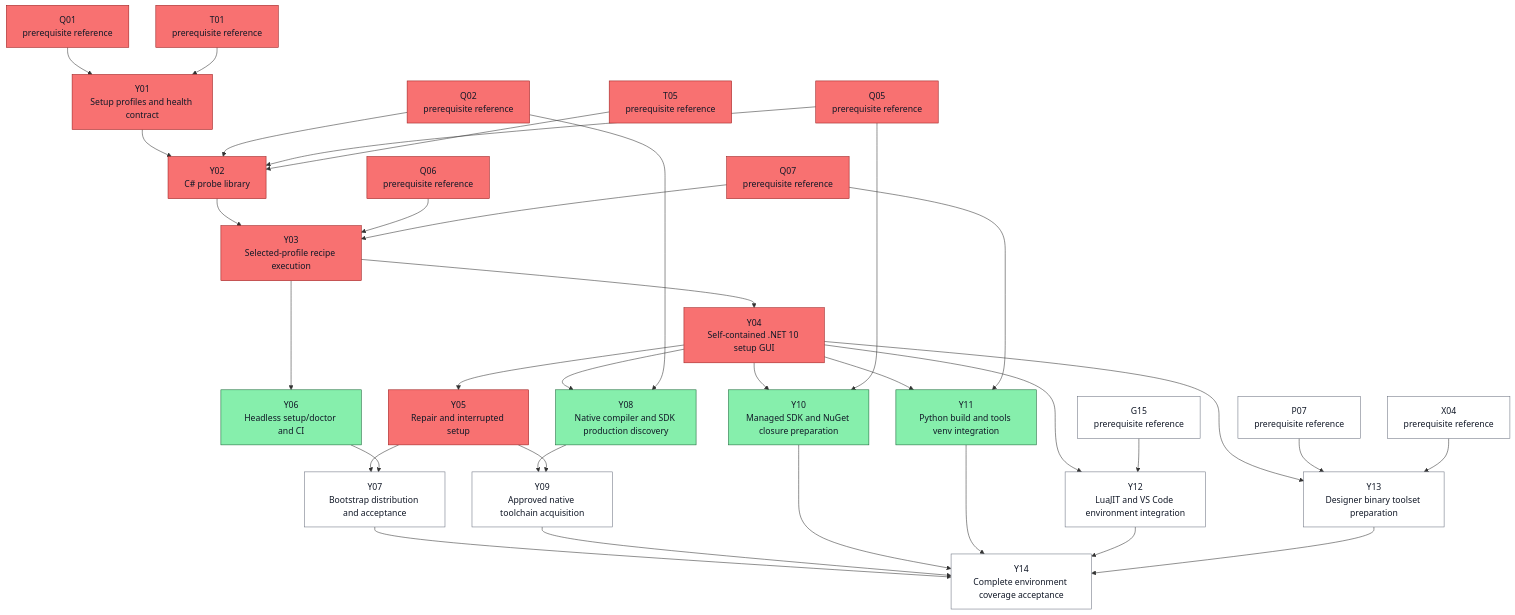
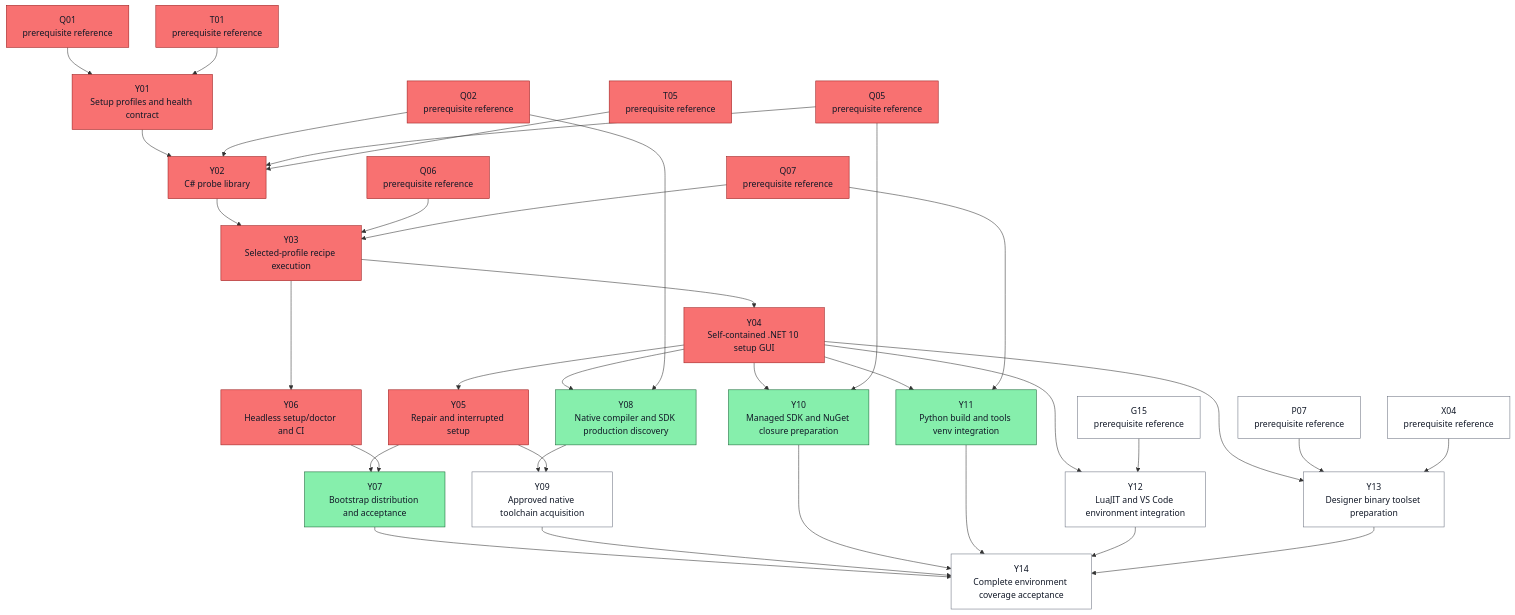
Before and after one commit to ocarizr/spaceraiders: diagram 26 of 27 in docs/task-dependencies.md, drawn with Mermaid. The commit also changed other lines of this file and 9 other files, not shown here.

First line of the commit message:
feat(Y06): add headless environment setup and doctor commands (#26)

````diff
--- a/docs/task-dependencies.md
+++ b/docs/task-dependencies.md
@@ -1401,63 +1402,63 @@
 ```mermaid
 flowchart TD
     ref_Y_G15["G15<br/>prerequisite reference"]:::pending
     ref_Y_P07["P07<br/>prerequisite reference"]:::pending
     ref_Y_Q01["Q01<br/>prerequisite reference"]:::done
     ref_Y_Q02["Q02<br/>prerequisite reference"]:::done
     ref_Y_Q05["Q05<br/>prerequisite reference"]:::done
     ref_Y_Q06["Q06<br/>prerequisite reference"]:::done
     ref_Y_Q07["Q07<br/>prerequisite reference"]:::done
     ref_Y_T01["T01<br/>prerequisite reference"]:::done
     ref_Y_T05["T05<br/>prerequisite reference"]:::done
     ref_Y_X04["X04<br/>prerequisite reference"]:::pending
     Y01["Y01<br/>Setup profiles and health contract"]:::done
     Y02["Y02<br/>C# probe library"]:::done
     Y03["Y03<br/>Selected-profile recipe execution"]:::done
     Y04["Y04<br/>Self-contained .NET 10 setup GUI"]:::done
     Y05["Y05<br/>Repair and interrupted setup"]:::done
-    Y06["Y06<br/>Headless setup/doctor and CI"]:::ready
-    Y07["Y07<br/>Bootstrap distribution and acceptance"]:::pending
+    Y06["Y06<br/>Headless setup/doctor and CI"]:::done
+    Y07["Y07<br/>Bootstrap distribution and acceptance"]:::ready
     Y08["Y08<br/>Native compiler and SDK production discovery"]:::ready
     Y09["Y09<br/>Approved native toolchain acquisition"]:::pending
     Y10["Y10<br/>Managed SDK and NuGet closure preparation"]:::ready
     Y11["Y11<br/>Python build and tools venv integration"]:::ready
     Y12["Y12<br/>LuaJIT and VS Code environment integration"]:::pending
     Y13["Y13<br/>Designer binary toolset preparation"]:::pending
     Y14["Y14<br/>Complete environment coverage acceptance"]:::pending
     ref_Y_Q01 --> Y01
     ref_Y_T01 --> Y01
     Y01 --> Y02
     ref_Y_Q02 --> Y02
     ref_Y_Q05 --> Y02
     ref_Y_T05 --> Y02
     Y02 --> Y03
     ref_Y_Q06 --> Y03
     ref_Y_Q07 --> Y03
     Y03 --> Y04
     Y04 --> Y05
     Y03 --> Y06
     Y05 --> Y07
     Y06 --> Y07
     Y04 --> Y08
     ref_Y_Q02 --> Y08
     Y08 --> Y09
     Y05 --> Y09
     Y04 --> Y10
     ref_Y_Q05 --> Y10
     Y04 --> Y11
     ref_Y_Q07 --> Y11
     Y04 --> Y12
     ref_Y_G15 --> Y12
     Y04 --> Y13
     ref_Y_P07 --> Y13
     ref_Y_X04 --> Y13
     Y07 --> Y14
     Y09 --> Y14
     Y10 --> Y14
     Y11 --> Y14
     Y12 --> Y14
     Y13 --> Y14
     classDef pending fill:#ffffff,stroke:#6b7280,color:#111827
     classDef ready fill:#86efac,stroke:#166534,color:#111827
     classDef done fill:#f87171,stroke:#991b1b,color:#111827
 ```
````
